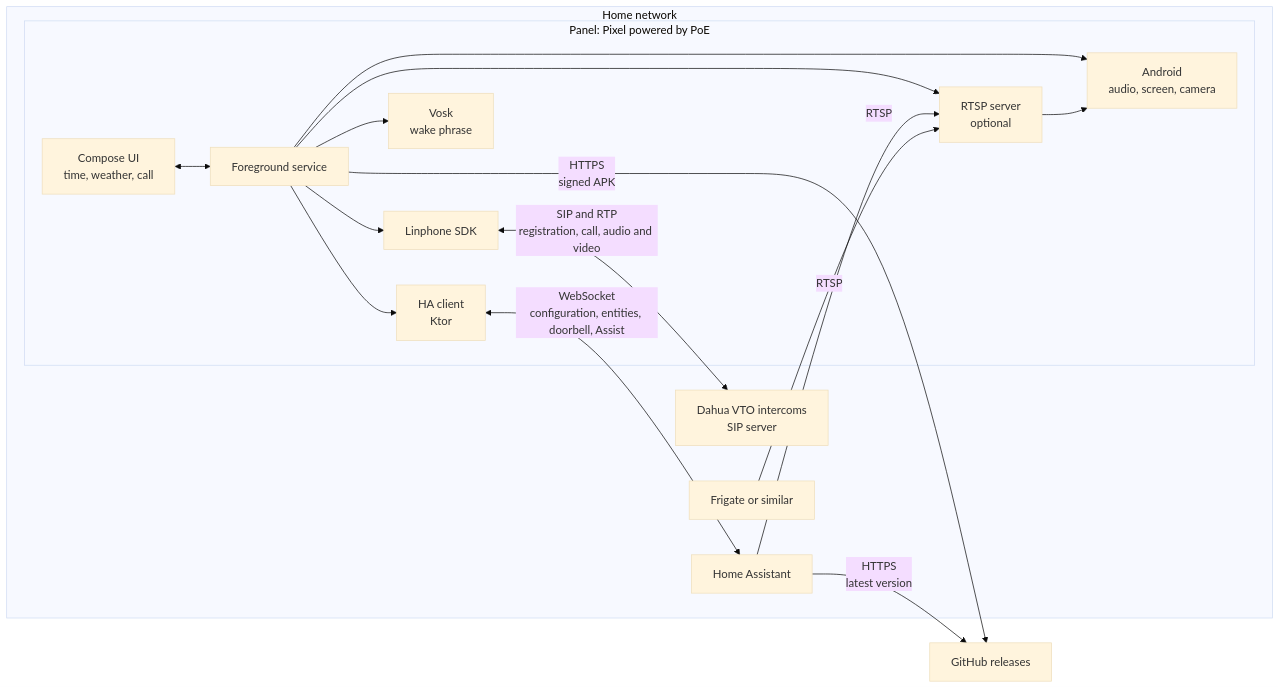
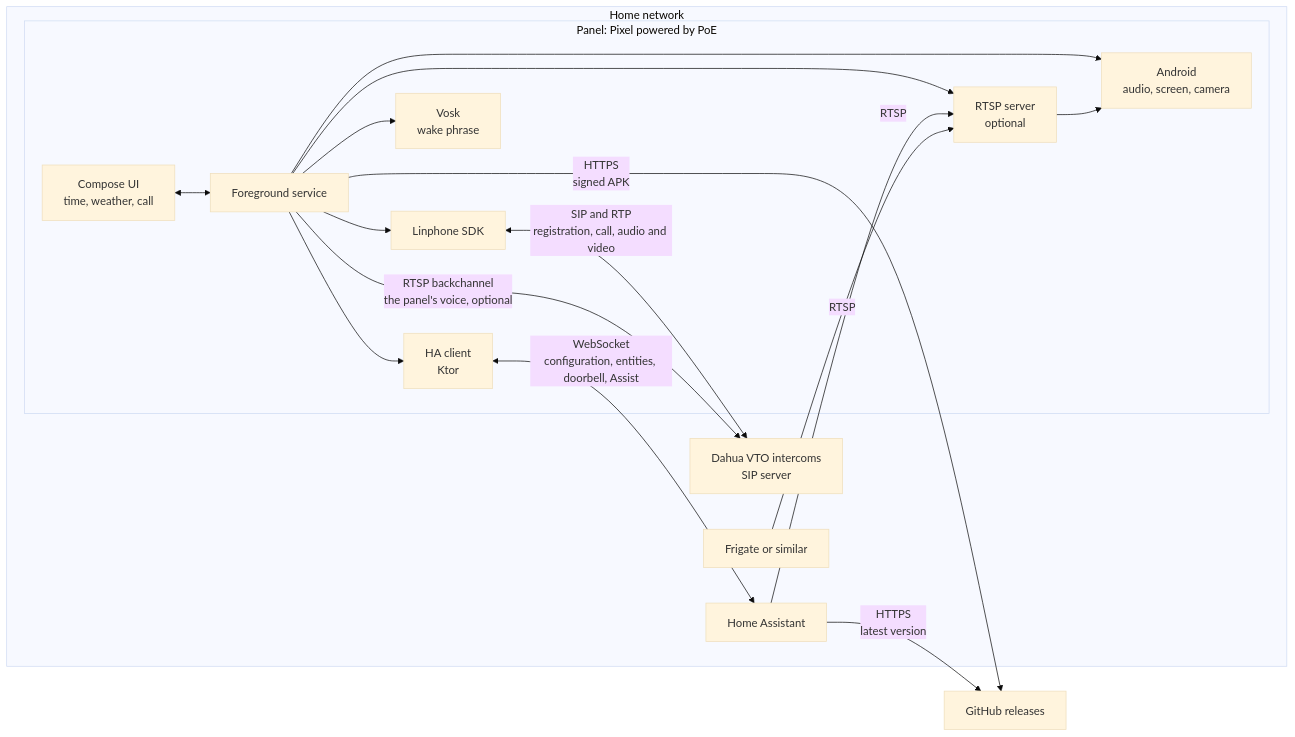
The diagram in README.md (xoadev/marc2d), drawn with Mermaid (base theme) before and after one commit. The commit also changed other lines of this file and 12 other files, not shown here.

First line of the commit message:
feat: Talk to an intercom through its RTSP backchannel

````diff
--- a/README.md
+++ b/README.md
@@ -39,31 +39,32 @@
 ```mermaid
 flowchart LR
     subgraph home["Home network"]
         subgraph panel["Panel: Pixel powered by PoE"]
             ui["Compose UI<br/>time, weather, call"]
             svc["Foreground service"]
             sip["Linphone SDK"]
             hac["HA client<br/>Ktor"]
             rtsp["RTSP server<br/>optional"]
             voice["Vosk<br/>wake phrase"]
             sys["Android<br/>audio, screen, camera"]
         end
         vto["Dahua VTO intercoms<br/>SIP server"]
         ha["Home Assistant"]
         frigate["Frigate or similar"]
     end
 
     ui <--> svc
     svc --> sip
     svc --> hac
     svc --> rtsp
     svc --> voice
     svc --> sys
     rtsp --> sys
     sip <-- "SIP and RTP<br/>registration, call, audio and video" --> vto
+    svc -- "RTSP backchannel<br/>the panel's voice, optional" --> vto
     hac <-- "WebSocket<br/>configuration, entities, doorbell, Assist" --> ha
     ha -- "RTSP" --> rtsp
     frigate -- "RTSP" --> rtsp
     ha -- "HTTPS<br/>latest version" --> github["GitHub releases"]
     svc -- "HTTPS<br/>signed APK" --> github
 ```
````
